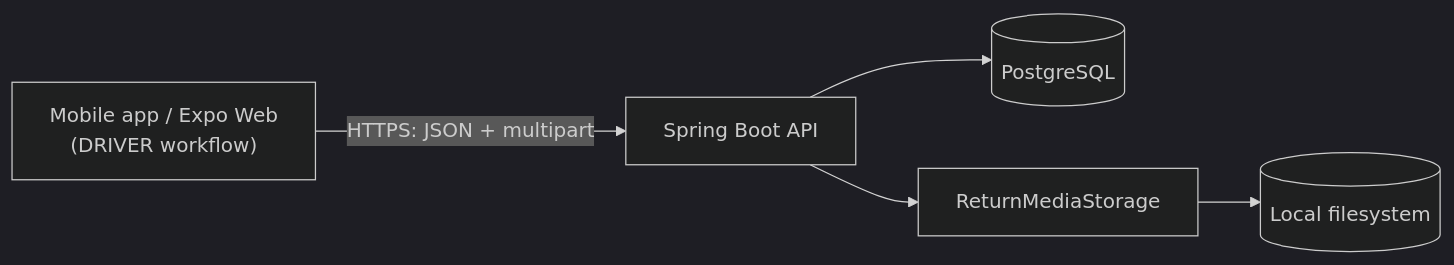
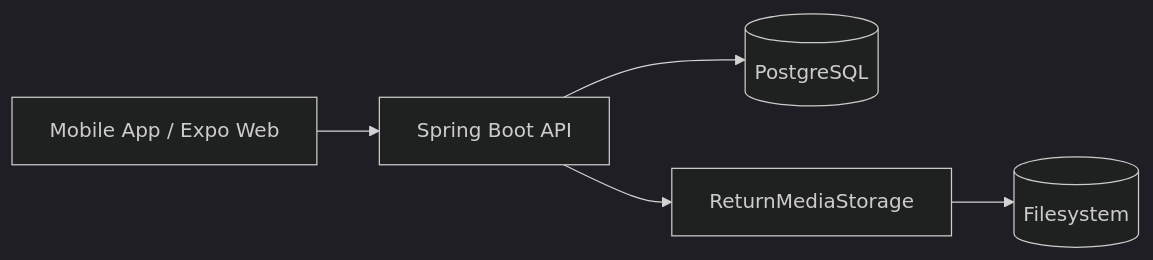
Before and after one commit to geisonbruno/return-flow: the diagram in README.md, drawn with Mermaid (dark theme). The commit also changed other lines of this file, not shown here.

````diff
--- a/README.md
+++ b/README.md
@@ -93,7 +48,7 @@
 ```mermaid
 flowchart LR
-    Mobile["Mobile app / Expo Web\n(DRIVER workflow)"] -->|HTTPS: JSON + multipart| API[Spring Boot API]
+    Mobile[Mobile App / Expo Web] --> API[Spring Boot API]
     API --> DB[(PostgreSQL)]
     API --> Storage[ReturnMediaStorage]
-    Storage --> FS[(Local filesystem)]
+    Storage --> FS[(Filesystem)]
 ```
````
